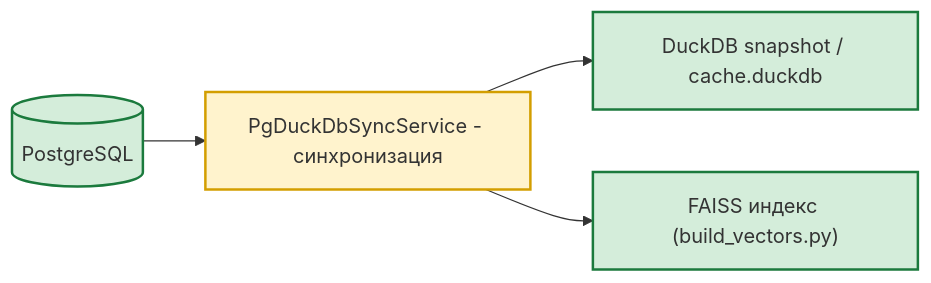
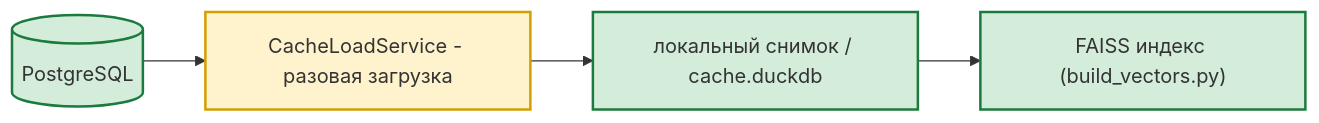
One commit to AlexEgorov85/workspaces_nanobot changed the eighth of 12 diagrams in docs/TARGET_ARCHITECTURE.md. Above: the diagram before and after it, drawn with Mermaid. The commit also changed other lines of this file and 13 other files, not shown here.

````diff
--- a/docs/TARGET_ARCHITECTURE.md
+++ b/docs/TARGET_ARCHITECTURE.md
@@ -630,10 +628,10 @@
 ```mermaid
 flowchart LR
-    PG[("PostgreSQL")] --> SYNC["PgDuckDbSyncService - синхронизация"]
-    SYNC --> SNAP["DuckDB snapshot / cache.duckdb"]
-    SYNC --> VIDX["FAISS индекс (build_vectors.py)"]
+    PG[("PostgreSQL")] --> SYNC["CacheLoadService - разовая загрузка"]
+    SYNC --> SNAP["локальный снимок / cache.duckdb"]
+    SNAP --> VIDX["FAISS индекс (build_vectors.py)"]
     classDef core fill:#fff3cd,stroke:#d39e00,stroke-width:2px
     classDef infra fill:#d4edda,stroke:#1b7a3d,stroke-width:2px
     class SYNC core
     class PG,SNAP,VIDX infra
 ```
````
